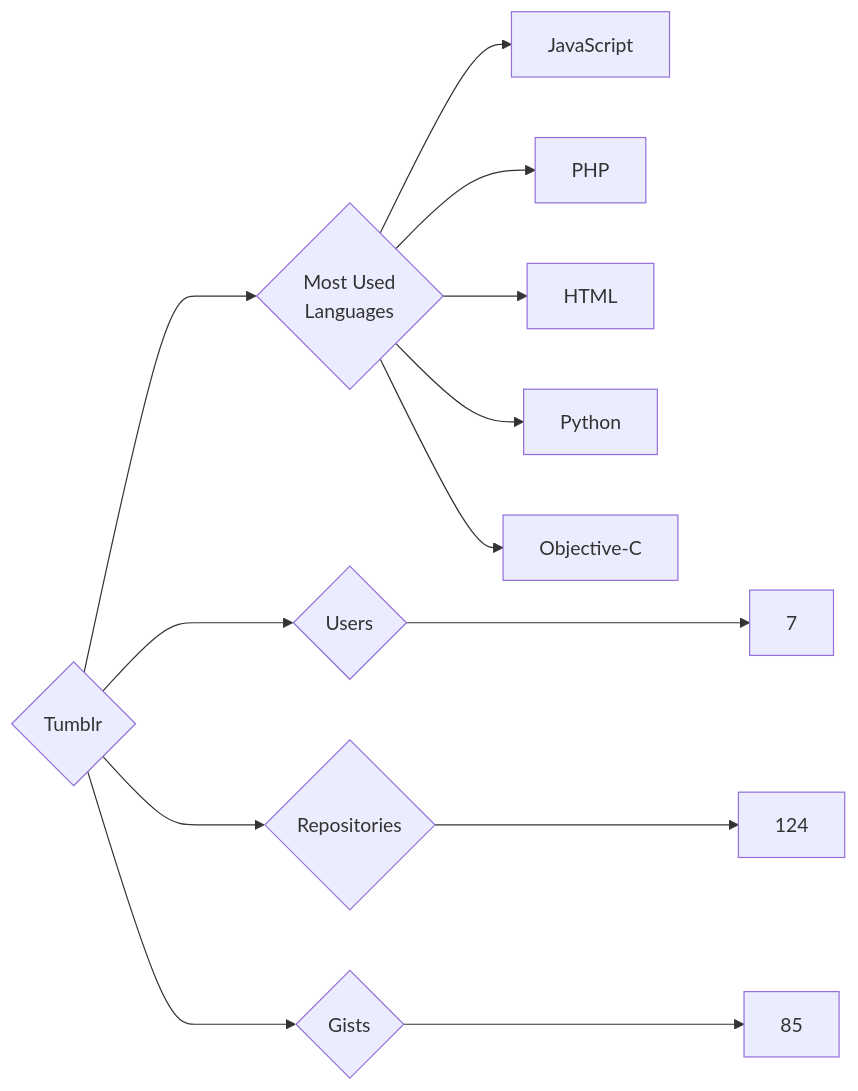
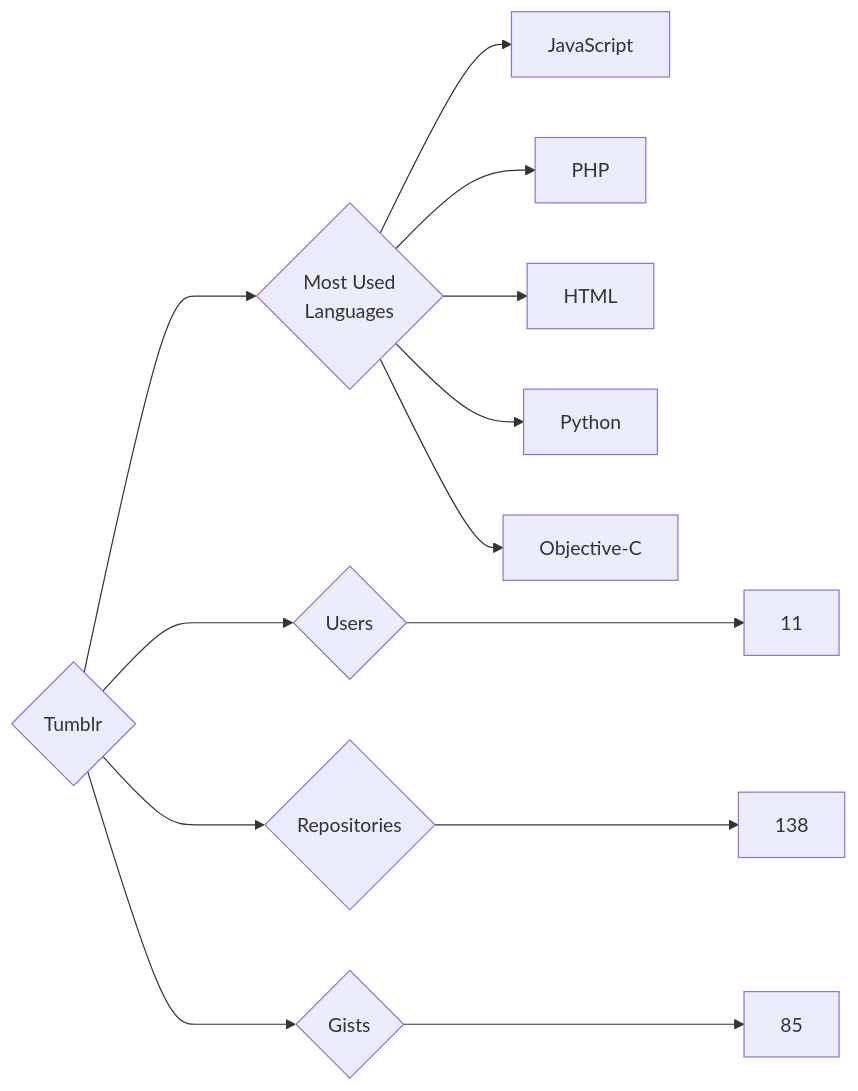
One commit to trickest/insiders changed the diagram in targets/Tumblr/README.md. Above: the diagram before and after it, drawn with Mermaid. The commit also changed 839 other files, not shown here.

````diff
--- a/targets/Tumblr/README.md
+++ b/targets/Tumblr/README.md
@@ -3,13 +3,13 @@
 ```mermaid
 graph LR
 COMPANY_NAME{Tumblr}
-COMPANY_NAME ---> U{Users} ---> UN[7]
-COMPANY_NAME ---> R{Repositories} ---> RN[124]
+COMPANY_NAME ---> U{Users} ---> UN[11]
+COMPANY_NAME ---> R{Repositories} ---> RN[138]
 COMPANY_NAME ---> G{Gists} ---> GN[85]
 COMPANY_NAME ---> ML{Most Used<br>Languages}
 ML --> JavaScript[JavaScript]
 ML --> PHP[PHP]
 ML --> HTML[HTML]
 ML --> Python[Python]
 ML --> Objective-C[Objective-C]
 ```
````
